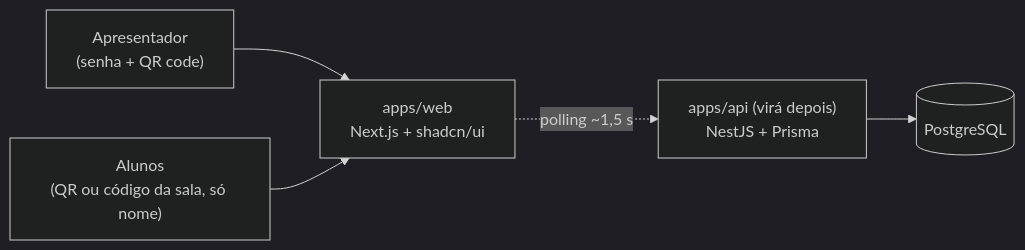
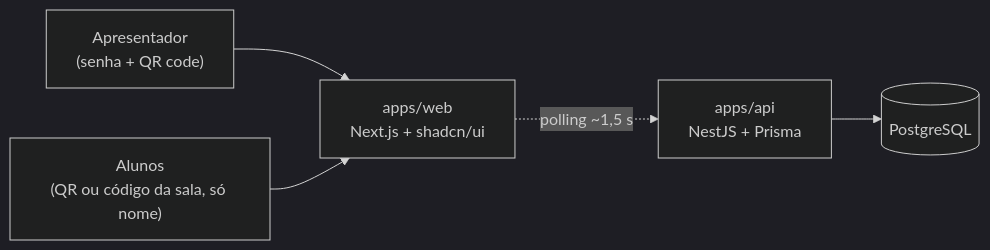
The first of 2 diagrams in docs/arquitetura.md (Frombull/cathoot), drawn with Mermaid (dark theme) before and after one commit. The commit also changed 7 other files, not shown here.

````diff
--- a/docs/arquitetura.md
+++ b/docs/arquitetura.md
@@ -5,13 +5,13 @@
 ```mermaid
 flowchart LR
     APR["Apresentador<br/>(senha + QR code)"]
     ALU["Alunos<br/>(QR ou código da sala, só nome)"]
     WEB["apps/web<br/>Next.js + shadcn/ui"]
-    API["apps/api (virá depois)<br/>NestJS + Prisma"]
+    API["apps/api<br/>NestJS + Prisma"]
     DB[("PostgreSQL")]
 
     APR --> WEB
     ALU --> WEB
     WEB -. "polling ~1,5 s" .-> API
     API --> DB
 ```
````
